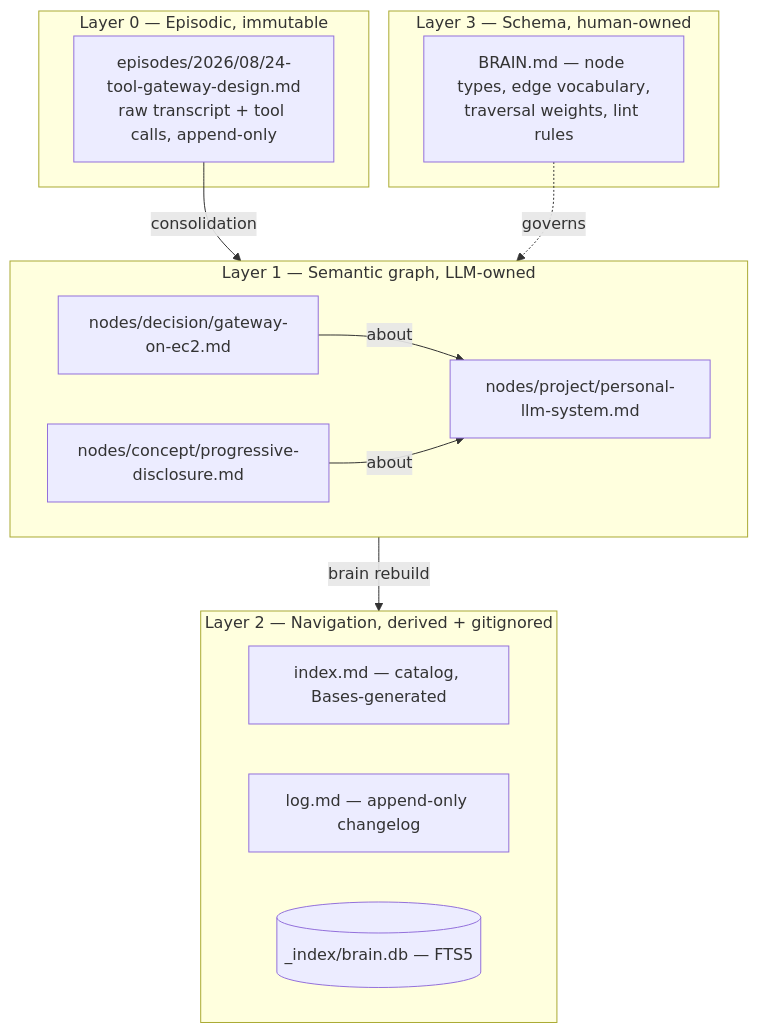
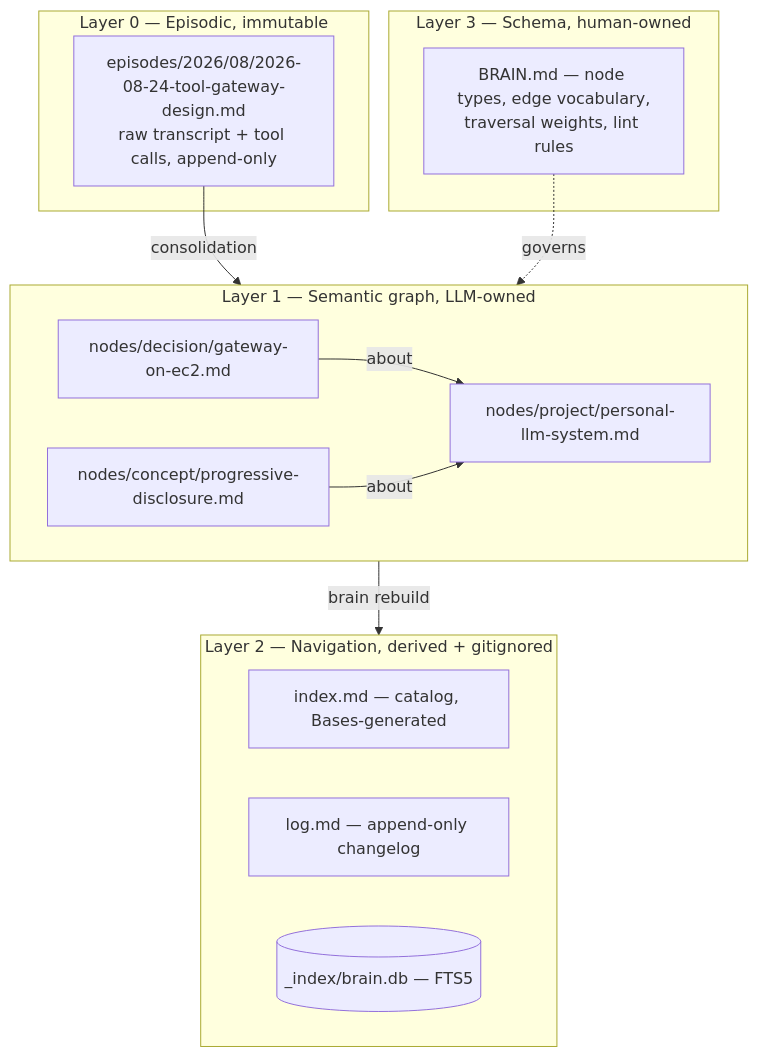
One commit to mars-flat/brain changed the first of 2 diagrams in architecture/05-brain-model.md. Above: the diagram before and after it, drawn with Mermaid. The commit also changed other lines of this file and 9 other files, not shown here.

First line of the commit message:
Docs + architecture sync for P0

````diff
--- a/architecture/05-brain-model.md
+++ b/architecture/05-brain-model.md
@@ -11,25 +11,25 @@
 ```mermaid
 flowchart TB
     subgraph L0["Layer 0 — Episodic, immutable"]
-        EP["episodes/2026/08/24-tool-gateway-design.md<br/>raw transcript + tool calls, append-only"]
+        EP["episodes/2026/08/2026-08-24-tool-gateway-design.md<br/>raw transcript + tool calls, append-only"]
     end
     subgraph L1["Layer 1 — Semantic graph, LLM-owned"]
         N1["nodes/decision/gateway-on-ec2.md"]
         N2["nodes/project/personal-llm-system.md"]
         N3["nodes/concept/progressive-disclosure.md"]
         N1 -->|about| N2
         N3 -->|about| N2
     end
     subgraph L2["Layer 2 — Navigation, derived + gitignored"]
         IDXM["index.md — catalog, Bases-generated"]
         LOG["log.md — append-only changelog"]
         DB[("_index/brain.db — FTS5")]
     end
     subgraph L3["Layer 3 — Schema, human-owned"]
         SCH["BRAIN.md — node types, edge vocabulary,<br/>traversal weights, lint rules"]
     end
 
     EP -->|consolidation| L1
     L1 -->|"brain rebuild"| L2
     SCH -.->|governs| L1
 ```
````
